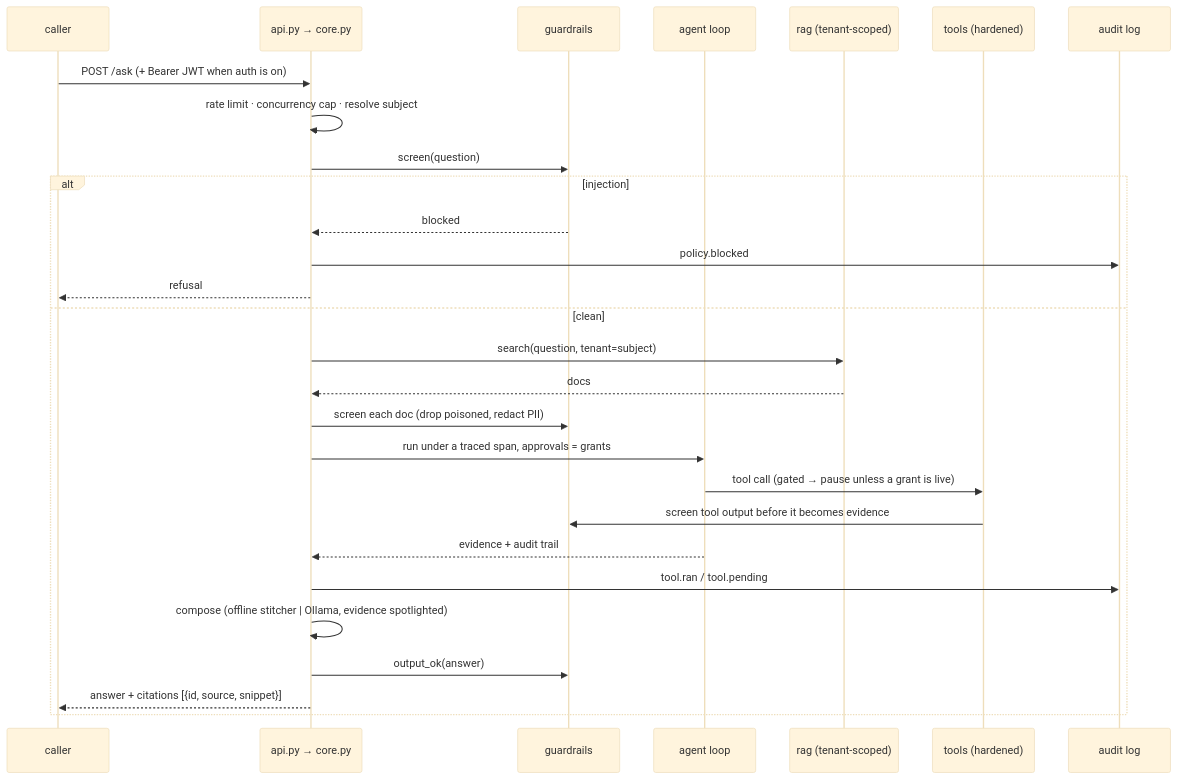
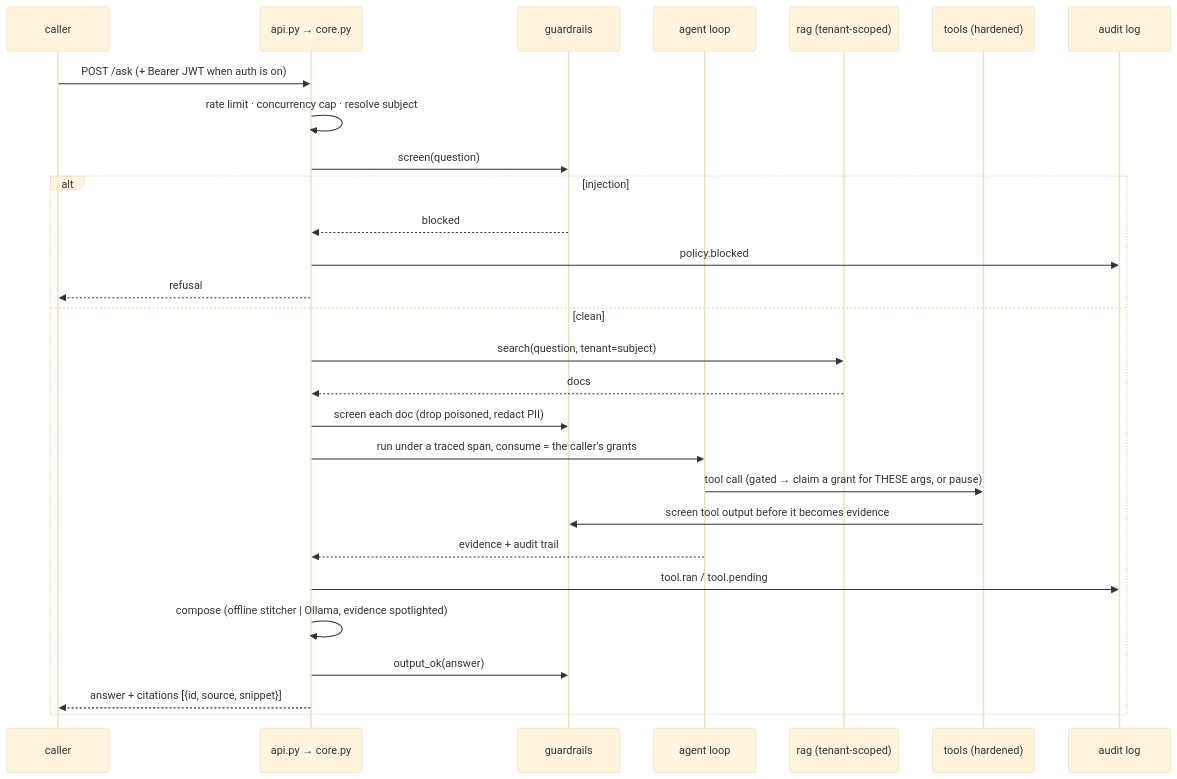
The second of 2 diagrams in src/workshops/assistant/ARCHITECTURE.md (Luiggi370z/genai-engineer-course), drawn with Mermaid (base theme) before and after one commit. The commit also changed other lines of this file and 41 other files, not shown here.

````diff
--- a/src/workshops/assistant/ARCHITECTURE.md
+++ b/src/workshops/assistant/ARCHITECTURE.md
@@ -59,31 +60,31 @@
 ```mermaid
 sequenceDiagram
     participant U as caller
     participant S as api.py → core.py
     participant G as guardrails
     participant A as agent loop
     participant R as rag (tenant-scoped)
     participant T as tools (hardened)
     participant L as audit log
 
     U->>S: POST /ask (+ Bearer JWT when auth is on)
     S->>S: rate limit · concurrency cap · resolve subject
     S->>G: screen(question)
     alt injection
         G-->>S: blocked
         S->>L: policy.blocked
         S-->>U: refusal
     else clean
         S->>R: search(question, tenant=subject)
         R-->>S: docs
         S->>G: screen each doc (drop poisoned, redact PII)
-        S->>A: run under a traced span, approvals = grants
-        A->>T: tool call (gated → pause unless a grant is live)
+        S->>A: run under a traced span, consume = the caller's grants
+        A->>T: tool call (gated → claim a grant for THESE args, or pause)
         T->>G: screen tool output before it becomes evidence
         A-->>S: evidence + audit trail
         S->>L: tool.ran / tool.pending
         S->>S: compose (offline stitcher | Ollama, evidence spotlighted)
         S->>G: output_ok(answer)
         S-->>U: answer + citations [{id, source, snippet}]
     end
 ```
````
